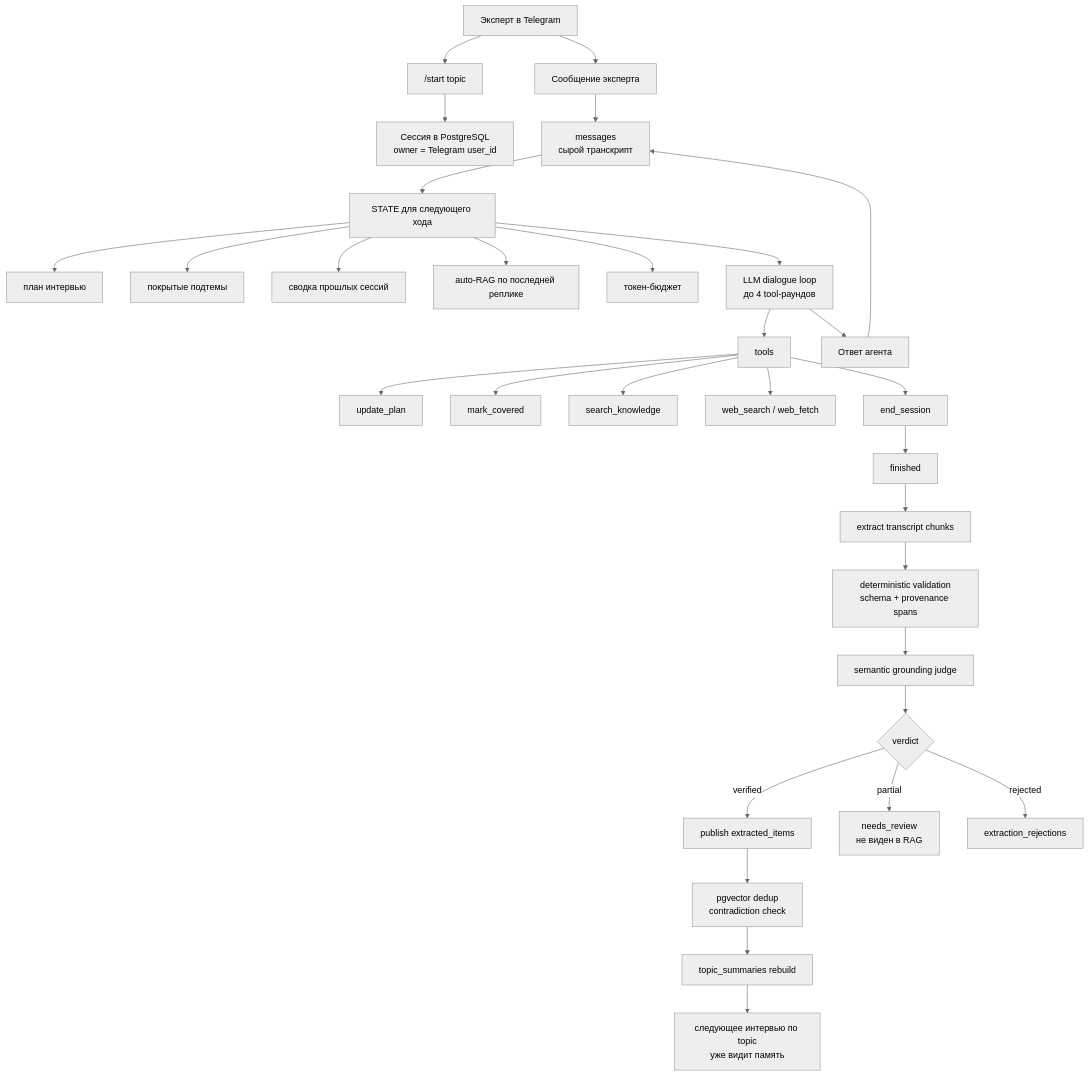
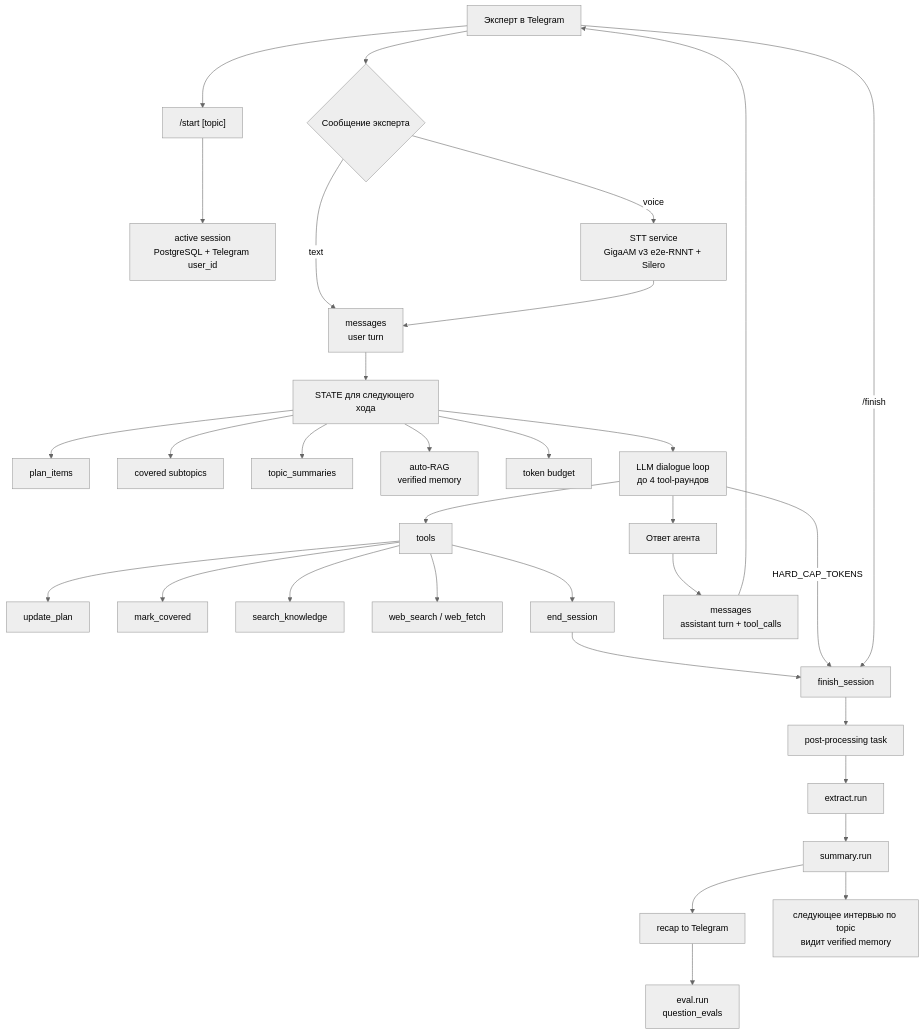
One commit to ovosh2281337/SverhAgent changed the first of 2 diagrams in README.md. Above: the diagram before and after it, drawn with Mermaid (neutral theme). The commit also changed other lines of this file, not shown here.

Commit message:
docs: fix readme diagrams

````diff
--- a/README.md
+++ b/README.md
@@ -19,37 +19,38 @@
 ```mermaid
 flowchart TD
-    A["Эксперт в Telegram"] --> B["/start topic"]
-    B --> C["Сессия в PostgreSQL<br/>owner = Telegram user_id"]
-    A --> D["Сообщение эксперта"]
-    D --> E["messages<br/>сырой транскрипт"]
+    A["Эксперт в Telegram"] --> B["/start [topic]"]
+    B --> C["active session<br/>PostgreSQL + Telegram user_id"]
+    A --> D{"Сообщение эксперта"}
+    D -->|text| E["messages<br/>user turn"]
+    D -->|voice| V["STT service<br/>GigaAM v3 e2e-RNNT + Silero"]
+    V --> E
     E --> F["STATE для следующего хода"]
 
-    F --> F1["план интервью"]
-    F --> F2["покрытые подтемы"]
-    F --> F3["сводка прошлых сессий"]
-    F --> F4["auto-RAG по последней реплике"]
-    F --> F5["токен-бюджет"]
+    F --> F1["plan_items"]
+    F --> F2["covered subtopics"]
+    F --> F3["topic_summaries"]
+    F --> F4["auto-RAG<br/>verified memory"]
+    F --> F5["token budget"]
 
     F --> G["LLM dialogue loop<br/>до 4 tool-раундов"]
     G --> H["tools"]
     H --> H1["update_plan"]
     H --> H2["mark_covered"]
     H --> H3["search_knowledge"]
     H --> H4["web_search / web_fetch"]
     H --> H5["end_session"]
 
     G --> I["Ответ агента"]
-    I --> E
+    I --> I1["messages<br/>assistant turn + tool_calls"]
+    I1 --> A
 
-    H5 --> J["finished"]
-    J --> K["extract transcript chunks"]
-    K --> L["deterministic validation<br/>schema + provenance spans"]
-    L --> M["semantic grounding judge"]
-    M --> N{"verdict"}
-    N -->|verified| O["publish extracted_items"]
-    N -->|partial| P["needs_review<br/>не виден в RAG"]
-    N -->|rejected| Q["extraction_rejections"]
-    O --> R["pgvector dedup<br/>contradiction check"]
-    R --> S["topic_summaries rebuild"]
-    S --> T["следующее интервью по topic<br/>уже видит память"]
+    H5 --> J["finish_session"]
+    G -->|HARD_CAP_TOKENS| J
+    A -->|/finish| J
+    J --> K["post-processing task"]
+    K --> L["extract.run"]
+    L --> M["summary.run"]
+    M --> N["recap to Telegram"]
+    N --> O["eval.run<br/>question_evals"]
+    M --> P["следующее интервью по topic<br/>видит verified memory"]
 ```
````
